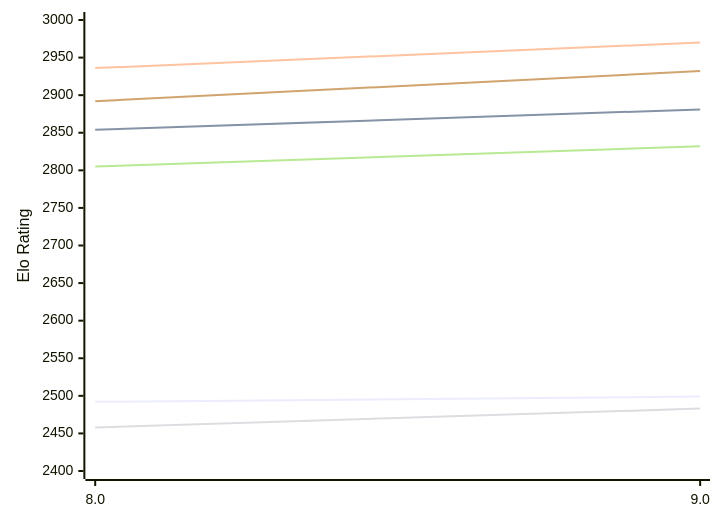
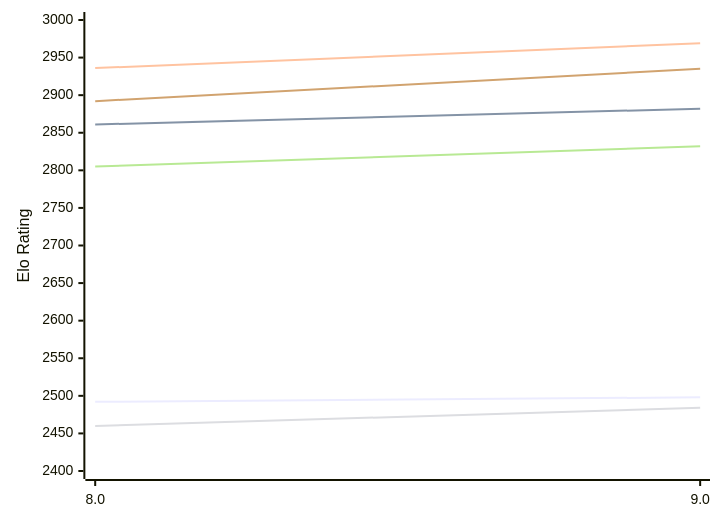
One commit to computer-chess-index/cci changed the first of 2 diagrams in engines/4kc.md. Above: the diagram before and after it, drawn with Mermaid. The commit also changed other lines of this file, not shown here.

Commit message:
Update CCI Ratings (ELO VLTC) - 2026-11-27

````diff
--- a/engines/4kc.md
+++ b/engines/4kc.md
@@ -51,12 +51,12 @@
 ```mermaid
 %%{init: {"theme":"base","themeVariables":{"seriesColors:['#a3a3a3','#222221','#faa371']}}}%%
 xychart-beta
   x-axis ["8.0", "9.0"]
   y-axis "Elo Rating" 2400 --> 3000
-  line "E1: STC (8.0+0.08s)" [2492, 2499]
-  line "E1: LTC (60.0+0.60s)" [2854, 2881]
-  line "E1: VLTC (2m24s+1.12s)" [2936, 2970]
-  line "P1: STC (8.0+0.08s)" [2458, 2483]
+  line "E1: STC (8.0+0.08s)" [2492, 2498]
+  line "E1: LTC (60.0+0.60s)" [2861, 2882]
+  line "E1: VLTC (2m24s+1.12s)" [2936, 2969]
+  line "P1: STC (8.0+0.08s)" [2460, 2484]
   line "P1: LTC (60.0+0.60s)" [2805, 2832]
-  line "P1: VLTC (2m24s+1.12s)" [2892, 2932]
+  line "P1: VLTC (2m24s+1.12s)" [2892, 2935]
 ```
````
